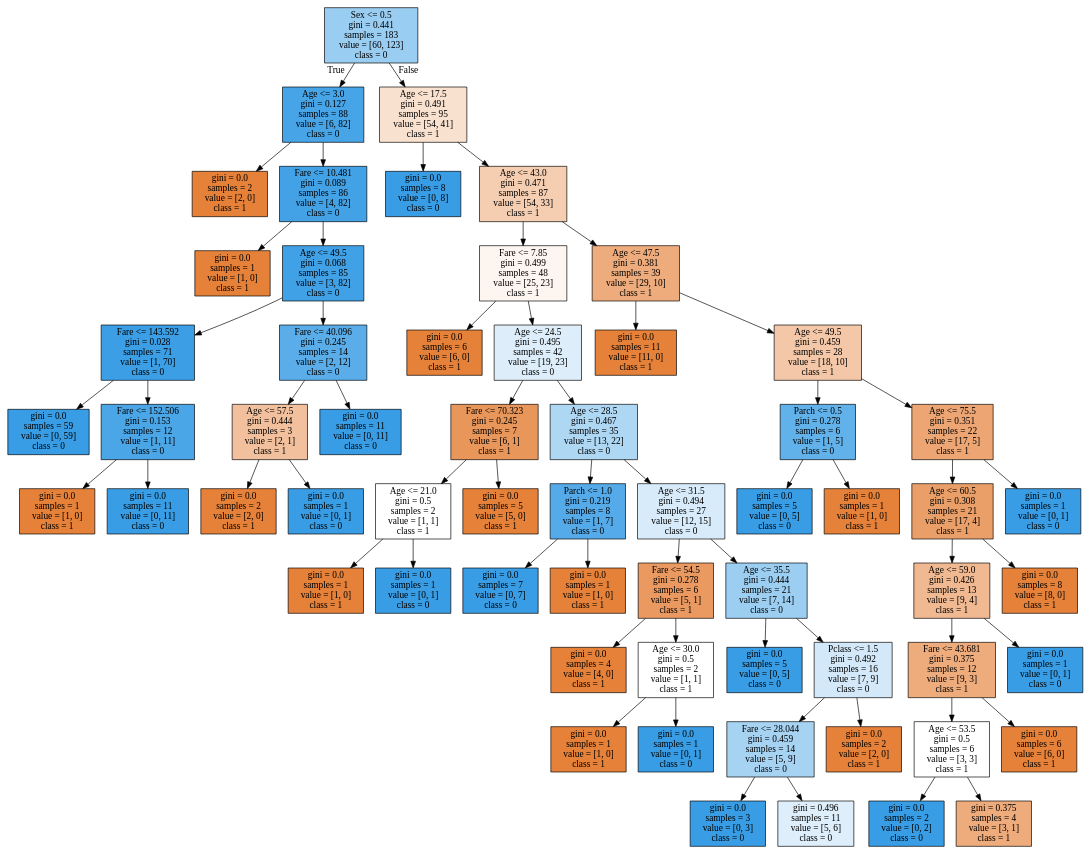
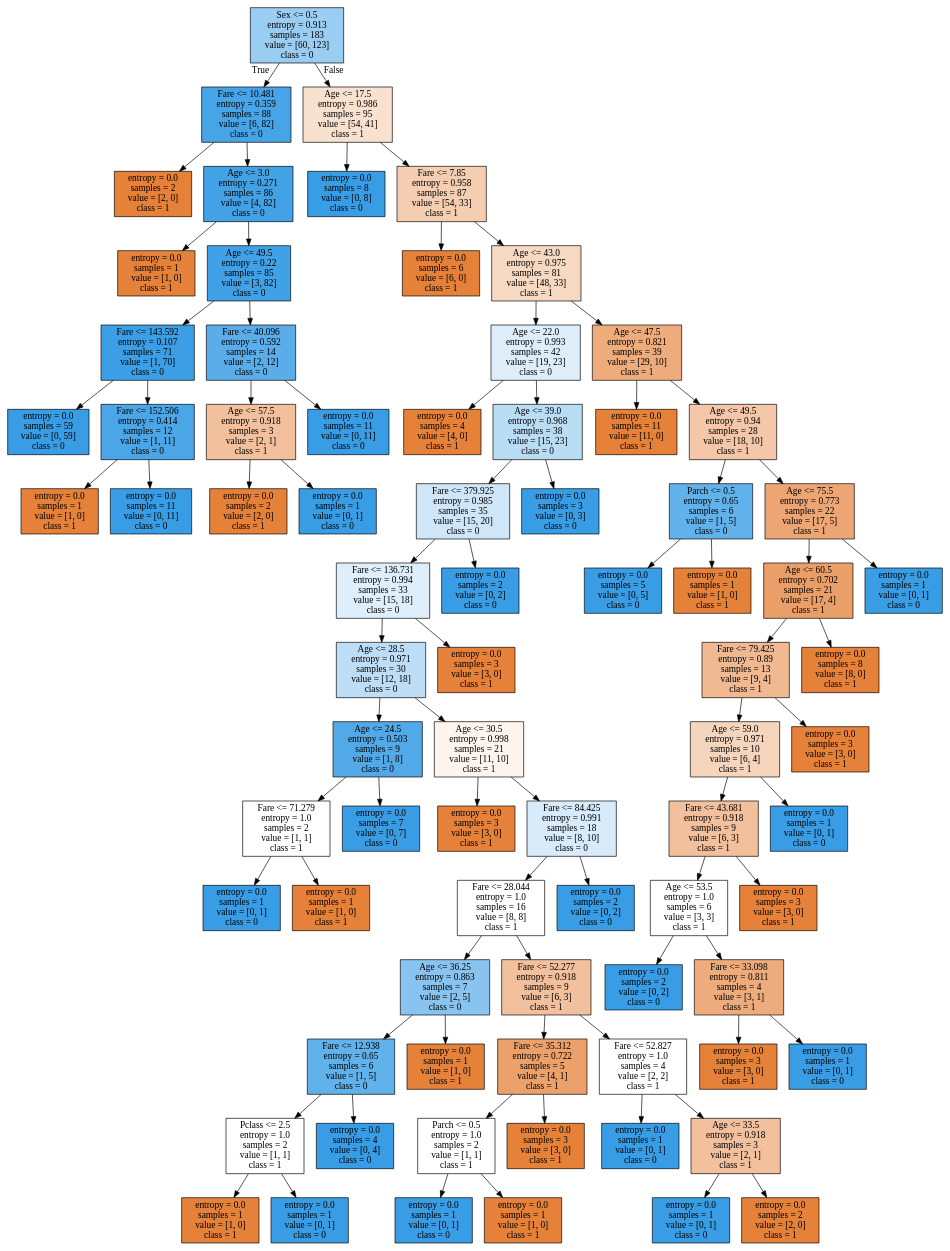
One commit to songmho/ML_Lecture_examples changed the diagram in example_dt/Titanic_Survivor_Classifier.dot. Above: the diagram before and after it, drawn with Graphviz. The commit also changed 142 other files, not shown here.

```diff
--- a/example_dt/Titanic_Survivor_Classifier.dot
+++ b/example_dt/Titanic_Survivor_Classifier.dot
@@ -1,124 +1,160 @@
 digraph Tree {
 node [shape=box, style="filled", color="black"] ;
-0 [label="Sex <= 0.5\ngini = 0.441\nsamples = 183\nvalue = [60, 123]\nclass = 0", fillcolor="#9acdf2"] ;
-1 [label="Age <= 3.0\ngini = 0.127\nsamples = 88\nvalue = [6, 82]\nclass = 0", fillcolor="#47a4e7"] ;
+0 [label="Sex <= 0.5\nentropy = 0.913\nsamples = 183\nvalue = [60, 123]\nclass = 0", fillcolor="#9acdf2"] ;
+1 [label="Fare <= 10.481\nentropy = 0.359\nsamples = 88\nvalue = [6, 82]\nclass = 0", fillcolor="#47a4e7"] ;
 0 -> 1 [labeldistance=2.5, labelangle=45, headlabel="True"] ;
-2 [label="gini = 0.0\nsamples = 2\nvalue = [2, 0]\nclass = 1", fillcolor="#e58139"] ;
+2 [label="entropy = 0.0\nsamples = 2\nvalue = [2, 0]\nclass = 1", fillcolor="#e58139"] ;
 1 -> 2 ;
-3 [label="Fare <= 10.481\ngini = 0.089\nsamples = 86\nvalue = [4, 82]\nclass = 0", fillcolor="#43a2e6"] ;
+3 [label="Age <= 3.0\nentropy = 0.271\nsamples = 86\nvalue = [4, 82]\nclass = 0", fillcolor="#43a2e6"] ;
 1 -> 3 ;
-4 [label="gini = 0.0\nsamples = 1\nvalue = [1, 0]\nclass = 1", fillcolor="#e58139"] ;
+4 [label="entropy = 0.0\nsamples = 1\nvalue = [1, 0]\nclass = 1", fillcolor="#e58139"] ;
 3 -> 4 ;
-5 [label="Age <= 49.5\ngini = 0.068\nsamples = 85\nvalue = [3, 82]\nclass = 0", fillcolor="#40a1e6"] ;
+5 [label="Age <= 49.5\nentropy = 0.22\nsamples = 85\nvalue = [3, 82]\nclass = 0", fillcolor="#40a1e6"] ;
 3 -> 5 ;
-6 [label="Fare <= 143.592\ngini = 0.028\nsamples = 71\nvalue = [1, 70]\nclass = 0", fillcolor="#3c9ee5"] ;
+6 [label="Fare <= 143.592\nentropy = 0.107\nsamples = 71\nvalue = [1, 70]\nclass = 0", fillcolor="#3c9ee5"] ;
 5 -> 6 ;
-7 [label="gini = 0.0\nsamples = 59\nvalue = [0, 59]\nclass = 0", fillcolor="#399de5"] ;
+7 [label="entropy = 0.0\nsamples = 59\nvalue = [0, 59]\nclass = 0", fillcolor="#399de5"] ;
 6 -> 7 ;
-8 [label="Fare <= 152.506\ngini = 0.153\nsamples = 12\nvalue = [1, 11]\nclass = 0", fillcolor="#4ba6e7"] ;
+8 [label="Fare <= 152.506\nentropy = 0.414\nsamples = 12\nvalue = [1, 11]\nclass = 0", fillcolor="#4ba6e7"] ;
 6 -> 8 ;
-9 [label="gini = 0.0\nsamples = 1\nvalue = [1, 0]\nclass = 1", fillcolor="#e58139"] ;
+9 [label="entropy = 0.0\nsamples = 1\nvalue = [1, 0]\nclass = 1", fillcolor="#e58139"] ;
 8 -> 9 ;
-10 [label="gini = 0.0\nsamples = 11\nvalue = [0, 11]\nclass = 0", fillcolor="#399de5"] ;
+10 [label="entropy = 0.0\nsamples = 11\nvalue = [0, 11]\nclass = 0", fillcolor="#399de5"] ;
 8 -> 10 ;
-11 [label="Fare <= 40.096\ngini = 0.245\nsamples = 14\nvalue = [2, 12]\nclass = 0", fillcolor="#5aade9"] ;
+11 [label="Fare <= 40.096\nentropy = 0.592\nsamples = 14\nvalue = [2, 12]\nclass = 0", fillcolor="#5aade9"] ;
 5 -> 11 ;
-12 [label="Age <= 57.5\ngini = 0.444\nsamples = 3\nvalue = [2, 1]\nclass = 1", fillcolor="#f2c09c"] ;
+12 [label="Age <= 57.5\nentropy = 0.918\nsamples = 3\nvalue = [2, 1]\nclass = 1", fillcolor="#f2c09c"] ;
 11 -> 12 ;
-13 [label="gini = 0.0\nsamples = 2\nvalue = [2, 0]\nclass = 1", fillcolor="#e58139"] ;
+13 [label="entropy = 0.0\nsamples = 2\nvalue = [2, 0]\nclass = 1", fillcolor="#e58139"] ;
 12 -> 13 ;
-14 [label="gini = 0.0\nsamples = 1\nvalue = [0, 1]\nclass = 0", fillcolor="#399de5"] ;
+14 [label="entropy = 0.0\nsamples = 1\nvalue = [0, 1]\nclass = 0", fillcolor="#399de5"] ;
 12 -> 14 ;
-15 [label="gini = 0.0\nsamples = 11\nvalue = [0, 11]\nclass = 0", fillcolor="#399de5"] ;
+15 [label="entropy = 0.0\nsamples = 11\nvalue = [0, 11]\nclass = 0", fillcolor="#399de5"] ;
 11 -> 15 ;
-16 [label="Age <= 17.5\ngini = 0.491\nsamples = 95\nvalue = [54, 41]\nclass = 1", fillcolor="#f9e1cf"] ;
+16 [label="Age <= 17.5\nentropy = 0.986\nsamples = 95\nvalue = [54, 41]\nclass = 1", fillcolor="#f9e1cf"] ;
 0 -> 16 [labeldistance=2.5, labelangle=-45, headlabel="False"] ;
-17 [label="gini = 0.0\nsamples = 8\nvalue = [0, 8]\nclass = 0", fillcolor="#399de5"] ;
+17 [label="entropy = 0.0\nsamples = 8\nvalue = [0, 8]\nclass = 0", fillcolor="#399de5"] ;
 16 -> 17 ;
-18 [label="Age <= 43.0\ngini = 0.471\nsamples = 87\nvalue = [54, 33]\nclass = 1", fillcolor="#f5ceb2"] ;
+18 [label="Fare <= 7.85\nentropy = 0.958\nsamples = 87\nvalue = [54, 33]\nclass = 1", fillcolor="#f5ceb2"] ;
 16 -> 18 ;
-19 [label="Fare <= 7.85\ngini = 0.499\nsamples = 48\nvalue = [25, 23]\nclass = 1", fillcolor="#fdf5ef"] ;
+19 [label="entropy = 0.0\nsamples = 6\nvalue = [6, 0]\nclass = 1", fillcolor="#e58139"] ;
 18 -> 19 ;
-20 [label="gini = 0.0\nsamples = 6\nvalue = [6, 0]\nclass = 1", fillcolor="#e58139"] ;
-19 -> 20 ;
-21 [label="Age <= 24.5\ngini = 0.495\nsamples = 42\nvalue = [19, 23]\nclass = 0", fillcolor="#ddeefa"] ;
-19 -> 21 ;
-22 [label="Fare <= 70.323\ngini = 0.245\nsamples = 7\nvalue = [6, 1]\nclass = 1", fillcolor="#e9965a"] ;
+20 [label="Age <= 43.0\nentropy = 0.975\nsamples = 81\nvalue = [48, 33]\nclass = 1", fillcolor="#f7d8c1"] ;
+18 -> 20 ;
+21 [label="Age <= 22.0\nentropy = 0.993\nsamples = 42\nvalue = [19, 23]\nclass = 0", fillcolor="#ddeefa"] ;
+20 -> 21 ;
+22 [label="entropy = 0.0\nsamples = 4\nvalue = [4, 0]\nclass = 1", fillcolor="#e58139"] ;
 21 -> 22 ;
-23 [label="Age <= 21.0\ngini = 0.5\nsamples = 2\nvalue = [1, 1]\nclass = 1", fillcolor="#ffffff"] ;
-22 -> 23 ;
-24 [label="gini = 0.0\nsamples = 1\nvalue = [1, 0]\nclass = 1", fillcolor="#e58139"] ;
+23 [label="Age <= 39.0\nentropy = 0.968\nsamples = 38\nvalue = [15, 23]\nclass = 0", fillcolor="#baddf6"] ;
+21 -> 23 ;
+24 [label="Fare <= 379.925\nentropy = 0.985\nsamples = 35\nvalue = [15, 20]\nclass = 0", fillcolor="#cee6f8"] ;
 23 -> 24 ;
-25 [label="gini = 0.0\nsamples = 1\nvalue = [0, 1]\nclass = 0", fillcolor="#399de5"] ;
-23 -> 25 ;
-26 [label="gini = 0.0\nsamples = 5\nvalue = [5, 0]\nclass = 1", fillcolor="#e58139"] ;
-22 -> 26 ;
-27 [label="Age <= 28.5\ngini = 0.467\nsamples = 35\nvalue = [13, 22]\nclass = 0", fillcolor="#aed7f4"] ;
-21 -> 27 ;
-28 [label="Parch <= 1.0\ngini = 0.219\nsamples = 8\nvalue = [1, 7]\nclass = 0", fillcolor="#55abe9"] ;
+25 [label="Fare <= 136.731\nentropy = 0.994\nsamples = 33\nvalue = [15, 18]\nclass = 0", fillcolor="#deeffb"] ;
+24 -> 25 ;
+26 [label="Age <= 28.5\nentropy = 0.971\nsamples = 30\nvalue = [12, 18]\nclass = 0", fillcolor="#bddef6"] ;
+25 -> 26 ;
+27 [label="Age <= 24.5\nentropy = 0.503\nsamples = 9\nvalue = [1, 8]\nclass = 0", fillcolor="#52a9e8"] ;
+26 -> 27 ;
+28 [label="Fare <= 71.279\nentropy = 1.0\nsamples = 2\nvalue = [1, 1]\nclass = 1", fillcolor="#ffffff"] ;
 27 -> 28 ;
-29 [label="gini = 0.0\nsamples = 7\nvalue = [0, 7]\nclass = 0", fillcolor="#399de5"] ;
+29 [label="entropy = 0.0\nsamples = 1\nvalue = [0, 1]\nclass = 0", fillcolor="#399de5"] ;
 28 -> 29 ;
-30 [label="gini = 0.0\nsamples = 1\nvalue = [1, 0]\nclass = 1", fillcolor="#e58139"] ;
+30 [label="entropy = 0.0\nsamples = 1\nvalue = [1, 0]\nclass = 1", fillcolor="#e58139"] ;
 28 -> 30 ;
-31 [label="Age <= 31.5\ngini = 0.494\nsamples = 27\nvalue = [12, 15]\nclass = 0", fillcolor="#d7ebfa"] ;
+31 [label="entropy = 0.0\nsamples = 7\nvalue = [0, 7]\nclass = 0", fillcolor="#399de5"] ;
 27 -> 31 ;
-32 [label="Fare <= 54.5\ngini = 0.278\nsamples = 6\nvalue = [5, 1]\nclass = 1", fillcolor="#ea9a61"] ;
-31 -> 32 ;
-33 [label="gini = 0.0\nsamples = 4\nvalue = [4, 0]\nclass = 1", fillcolor="#e58139"] ;
+32 [label="Age <= 30.5\nentropy = 0.998\nsamples = 21\nvalue = [11, 10]\nclass = 1", fillcolor="#fdf4ed"] ;
+26 -> 32 ;
+33 [label="entropy = 0.0\nsamples = 3\nvalue = [3, 0]\nclass = 1", fillcolor="#e58139"] ;
 32 -> 33 ;
-34 [label="Age <= 30.0\ngini = 0.5\nsamples = 2\nvalue = [1, 1]\nclass = 1", fillcolor="#ffffff"] ;
+34 [label="Fare <= 84.425\nentropy = 0.991\nsamples = 18\nvalue = [8, 10]\nclass = 0", fillcolor="#d7ebfa"] ;
 32 -> 34 ;
-35 [label="gini = 0.0\nsamples = 1\nvalue = [1, 0]\nclass = 1", fillcolor="#e58139"] ;
+35 [label="Fare <= 28.044\nentropy = 1.0\nsamples = 16\nvalue = [8, 8]\nclass = 1", fillcolor="#ffffff"] ;
 34 -> 35 ;
-36 [label="gini = 0.0\nsamples = 1\nvalue = [0, 1]\nclass = 0", fillcolor="#399de5"] ;
-34 -> 36 ;
-37 [label="Age <= 35.5\ngini = 0.444\nsamples = 21\nvalue = [7, 14]\nclass = 0", fillcolor="#9ccef2"] ;
-31 -> 37 ;
-38 [label="gini = 0.0\nsamples = 5\nvalue = [0, 5]\nclass = 0", fillcolor="#399de5"] ;
+36 [label="Age <= 36.25\nentropy = 0.863\nsamples = 7\nvalue = [2, 5]\nclass = 0", fillcolor="#88c4ef"] ;
+35 -> 36 ;
+37 [label="Fare <= 12.938\nentropy = 0.65\nsamples = 6\nvalue = [1, 5]\nclass = 0", fillcolor="#61b1ea"] ;
+36 -> 37 ;
+38 [label="Pclass <= 2.5\nentropy = 1.0\nsamples = 2\nvalue = [1, 1]\nclass = 1", fillcolor="#ffffff"] ;
 37 -> 38 ;
-39 [label="Pclass <= 1.5\ngini = 0.492\nsamples = 16\nvalue = [7, 9]\nclass = 0", fillcolor="#d3e9f9"] ;
-37 -> 39 ;
-40 [label="Fare <= 28.044\ngini = 0.459\nsamples = 14\nvalue = [5, 9]\nclass = 0", fillcolor="#a7d3f3"] ;
-39 -> 40 ;
-41 [label="gini = 0.0\nsamples = 3\nvalue = [0, 3]\nclass = 0", fillcolor="#399de5"] ;
-40 -> 41 ;
-42 [label="gini = 0.496\nsamples = 11\nvalue = [5, 6]\nclass = 0", fillcolor="#deeffb"] ;
-40 -> 42 ;
-43 [label="gini = 0.0\nsamples = 2\nvalue = [2, 0]\nclass = 1", fillcolor="#e58139"] ;
-39 -> 43 ;
-44 [label="Age <= 47.5\ngini = 0.381\nsamples = 39\nvalue = [29, 10]\nclass = 1", fillcolor="#eeac7d"] ;
-18 -> 44 ;
-45 [label="gini = 0.0\nsamples = 11\nvalue = [11, 0]\nclass = 1", fillcolor="#e58139"] ;
+39 [label="entropy = 0.0\nsamples = 1\nvalue = [1, 0]\nclass = 1", fillcolor="#e58139"] ;
+38 -> 39 ;
+40 [label="entropy = 0.0\nsamples = 1\nvalue = [0, 1]\nclass = 0", fillcolor="#399de5"] ;
+38 -> 40 ;
+41 [label="entropy = 0.0\nsamples = 4\nvalue = [0, 4]\nclass = 0", fillcolor="#399de5"] ;
+37 -> 41 ;
+42 [label="entropy = 0.0\nsamples = 1\nvalue = [1, 0]\nclass = 1", fillcolor="#e58139"] ;
+36 -> 42 ;
+43 [label="Fare <= 52.277\nentropy = 0.918\nsamples = 9\nvalue = [6, 3]\nclass = 1", fillcolor="#f2c09c"] ;
+35 -> 43 ;
+44 [label="Fare <= 35.312\nentropy = 0.722\nsamples = 5\nvalue = [4, 1]\nclass = 1", fillcolor="#eca06a"] ;
+43 -> 44 ;
+45 [label="Parch <= 0.5\nentropy = 1.0\nsamples = 2\nvalue = [1, 1]\nclass = 1", fillcolor="#ffffff"] ;
 44 -> 45 ;
-46 [label="Age <= 49.5\ngini = 0.459\nsamples = 28\nvalue = [18, 10]\nclass = 1", fillcolor="#f3c7a7"] ;
-44 -> 46 ;
-47 [label="Parch <= 0.5\ngini = 0.278\nsamples = 6\nvalue = [1, 5]\nclass = 0", fillcolor="#61b1ea"] ;
-46 -> 47 ;
-48 [label="gini = 0.0\nsamples = 5\nvalue = [0, 5]\nclass = 0", fillcolor="#399de5"] ;
-47 -> 48 ;
-49 [label="gini = 0.0\nsamples = 1\nvalue = [1, 0]\nclass = 1", fillcolor="#e58139"] ;
-47 -> 49 ;
-50 [label="Age <= 75.5\ngini = 0.351\nsamples = 22\nvalue = [17, 5]\nclass = 1", fillcolor="#eda673"] ;
-46 -> 50 ;
-51 [label="Age <= 60.5\ngini = 0.308\nsamples = 21\nvalue = [17, 4]\nclass = 1", fillcolor="#eb9f68"] ;
-50 -> 51 ;
-52 [label="Age <= 59.0\ngini = 0.426\nsamples = 13\nvalue = [9, 4]\nclass = 1", fillcolor="#f1b991"] ;
+46 [label="entropy = 0.0\nsamples = 1\nvalue = [0, 1]\nclass = 0", fillcolor="#399de5"] ;
+45 -> 46 ;
+47 [label="entropy = 0.0\nsamples = 1\nvalue = [1, 0]\nclass = 1", fillcolor="#e58139"] ;
+45 -> 47 ;
+48 [label="entropy = 0.0\nsamples = 3\nvalue = [3, 0]\nclass = 1", fillcolor="#e58139"] ;
+44 -> 48 ;
+49 [label="Fare <= 52.827\nentropy = 1.0\nsamples = 4\nvalue = [2, 2]\nclass = 1", fillcolor="#ffffff"] ;
+43 -> 49 ;
+50 [label="entropy = 0.0\nsamples = 1\nvalue = [0, 1]\nclass = 0", fillcolor="#399de5"] ;
+49 -> 50 ;
+51 [label="Age <= 33.5\nentropy = 0.918\nsamples = 3\nvalue = [2, 1]\nclass = 1", fillcolor="#f2c09c"] ;
+49 -> 51 ;
+52 [label="entropy = 0.0\nsamples = 1\nvalue = [0, 1]\nclass = 0", fillcolor="#399de5"] ;
 51 -> 52 ;
-53 [label="Fare <= 43.681\ngini = 0.375\nsamples = 12\nvalue = [9, 3]\nclass = 1", fillcolor="#eeab7b"] ;
-52 -> 53 ;
-54 [label="Age <= 53.5\ngini = 0.5\nsamples = 6\nvalue = [3, 3]\nclass = 1", fillcolor="#ffffff"] ;
-53 -> 54 ;
-55 [label="gini = 0.0\nsamples = 2\nvalue = [0, 2]\nclass = 0", fillcolor="#399de5"] ;
-54 -> 55 ;
-56 [label="gini = 0.375\nsamples = 4\nvalue = [3, 1]\nclass = 1", fillcolor="#eeab7b"] ;
-54 -> 56 ;
-57 [label="gini = 0.0\nsamples = 6\nvalue = [6, 0]\nclass = 1", fillcolor="#e58139"] ;
-53 -> 57 ;
-58 [label="gini = 0.0\nsamples = 1\nvalue = [0, 1]\nclass = 0", fillcolor="#399de5"] ;
-52 -> 58 ;
-59 [label="gini = 0.0\nsamples = 8\nvalue = [8, 0]\nclass = 1", fillcolor="#e58139"] ;
-51 -> 59 ;
-60 [label="gini = 0.0\nsamples = 1\nvalue = [0, 1]\nclass = 0", fillcolor="#399de5"] ;
-50 -> 60 ;
+53 [label="entropy = 0.0\nsamples = 2\nvalue = [2, 0]\nclass = 1", fillcolor="#e58139"] ;
+51 -> 53 ;
+54 [label="entropy = 0.0\nsamples = 2\nvalue = [0, 2]\nclass = 0", fillcolor="#399de5"] ;
+34 -> 54 ;
+55 [label="entropy = 0.0\nsamples = 3\nvalue = [3, 0]\nclass = 1", fillcolor="#e58139"] ;
+25 -> 55 ;
+56 [label="entropy = 0.0\nsamples = 2\nvalue = [0, 2]\nclass = 0", fillcolor="#399de5"] ;
+24 -> 56 ;
+57 [label="entropy = 0.0\nsamples = 3\nvalue = [0, 3]\nclass = 0", fillcolor="#399de5"] ;
+23 -> 57 ;
+58 [label="Age <= 47.5\nentropy = 0.821\nsamples = 39\nvalue = [29, 10]\nclass = 1", fillcolor="#eeac7d"] ;
+20 -> 58 ;
+59 [label="entropy = 0.0\nsamples = 11\nvalue = [11, 0]\nclass = 1", fillcolor="#e58139"] ;
+58 -> 59 ;
+60 [label="Age <= 49.5\nentropy = 0.94\nsamples = 28\nvalue = [18, 10]\nclass = 1", fillcolor="#f3c7a7"] ;
+58 -> 60 ;
+61 [label="Parch <= 0.5\nentropy = 0.65\nsamples = 6\nvalue = [1, 5]\nclass = 0", fillcolor="#61b1ea"] ;
+60 -> 61 ;
+62 [label="entropy = 0.0\nsamples = 5\nvalue = [0, 5]\nclass = 0", fillcolor="#399de5"] ;
+61 -> 62 ;
+63 [label="entropy = 0.0\nsamples = 1\nvalue = [1, 0]\nclass = 1", fillcolor="#e58139"] ;
+61 -> 63 ;
+64 [label="Age <= 75.5\nentropy = 0.773\nsamples = 22\nvalue = [17, 5]\nclass = 1", fillcolor="#eda673"] ;
+60 -> 64 ;
+65 [label="Age <= 60.5\nentropy = 0.702\nsamples = 21\nvalue = [17, 4]\nclass = 1", fillcolor="#eb9f68"] ;
+64 -> 65 ;
+66 [label="Fare <= 79.425\nentropy = 0.89\nsamples = 13\nvalue = [9, 4]\nclass = 1", fillcolor="#f1b991"] ;
+65 -> 66 ;
+67 [label="Age <= 59.0\nentropy = 0.971\nsamples = 10\nvalue = [6, 4]\nclass = 1", fillcolor="#f6d5bd"] ;
+66 -> 67 ;
+68 [label="Fare <= 43.681\nentropy = 0.918\nsamples = 9\nvalue = [6, 3]\nclass = 1", fillcolor="#f2c09c"] ;
+67 -> 68 ;
+69 [label="Age <= 53.5\nentropy = 1.0\nsamples = 6\nvalue = [3, 3]\nclass = 1", fillcolor="#ffffff"] ;
+68 -> 69 ;
+70 [label="entropy = 0.0\nsamples = 2\nvalue = [0, 2]\nclass = 0", fillcolor="#399de5"] ;
+69 -> 70 ;
+71 [label="Fare <= 33.098\nentropy = 0.811\nsamples = 4\nvalue = [3, 1]\nclass = 1", fillcolor="#eeab7b"] ;
+69 -> 71 ;
+72 [label="entropy = 0.0\nsamples = 3\nvalue = [3, 0]\nclass = 1", fillcolor="#e58139"] ;
+71 -> 72 ;
+73 [label="entropy = 0.0\nsamples = 1\nvalue = [0, 1]\nclass = 0", fillcolor="#399de5"] ;
+71 -> 73 ;
+74 [label="entropy = 0.0\nsamples = 3\nvalue = [3, 0]\nclass = 1", fillcolor="#e58139"] ;
+68 -> 74 ;
+75 [label="entropy = 0.0\nsamples = 1\nvalue = [0, 1]\nclass = 0", fillcolor="#399de5"] ;
+67 -> 75 ;
+76 [label="entropy = 0.0\nsamples = 3\nvalue = [3, 0]\nclass = 1", fillcolor="#e58139"] ;
+66 -> 76 ;
+77 [label="entropy = 0.0\nsamples = 8\nvalue = [8, 0]\nclass = 1", fillcolor="#e58139"] ;
+65 -> 77 ;
+78 [label="entropy = 0.0\nsamples = 1\nvalue = [0, 1]\nclass = 0", fillcolor="#399de5"] ;
+64 -> 78 ;
 }
```
